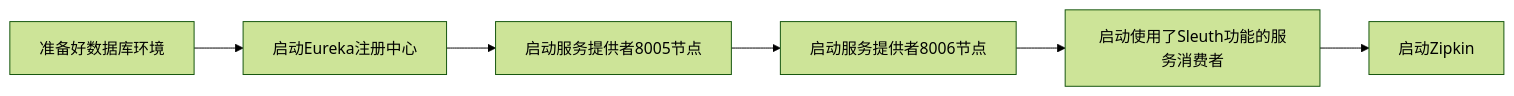
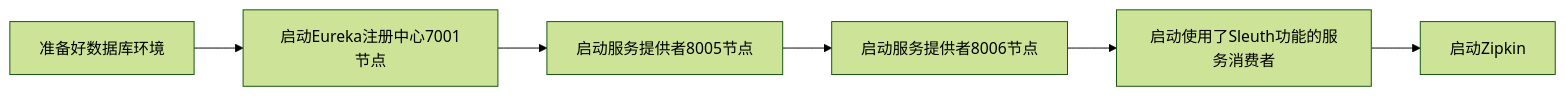
The first of 2 diagrams in docs/blogs/backend/springcloud/springcloud-eureka/shardings/springcloud-eureka-chapter-10.使用Zipkin+Sleuth实现调用链路追踪.md (lingwh1995/blog), drawn with Mermaid (forest theme) before and after one commit. The commit also changed other lines of this file and 1716 other files, not shown here.

````diff
--- a/docs/blogs/backend/springcloud/springcloud-eureka/shardings/springcloud-eureka-chapter-10.使用Zipkin+Sleuth实现调用链路追踪.md
+++ b/docs/blogs/backend/springcloud/springcloud-eureka/shardings/springcloud-eureka-chapter-10.使用Zipkin+Sleuth实现调用链路追踪.md
@@ -113,8 +164,8 @@
 ```mermaid
 flowchart LR
-    准备好数据库环境-->启动Eureka注册中心
-    启动Eureka注册中心-->启动服务提供者8005节点
+    准备好数据库环境-->启动Eureka注册中心7001节点
+    启动Eureka注册中心7001节点-->启动服务提供者8005节点
     启动服务提供者8005节点-->启动服务提供者8006节点
     启动服务提供者8006节点-->启动使用了Sleuth功能的服务消费者
     启动使用了Sleuth功能的服务消费者-->启动Zipkin
 ```
````
